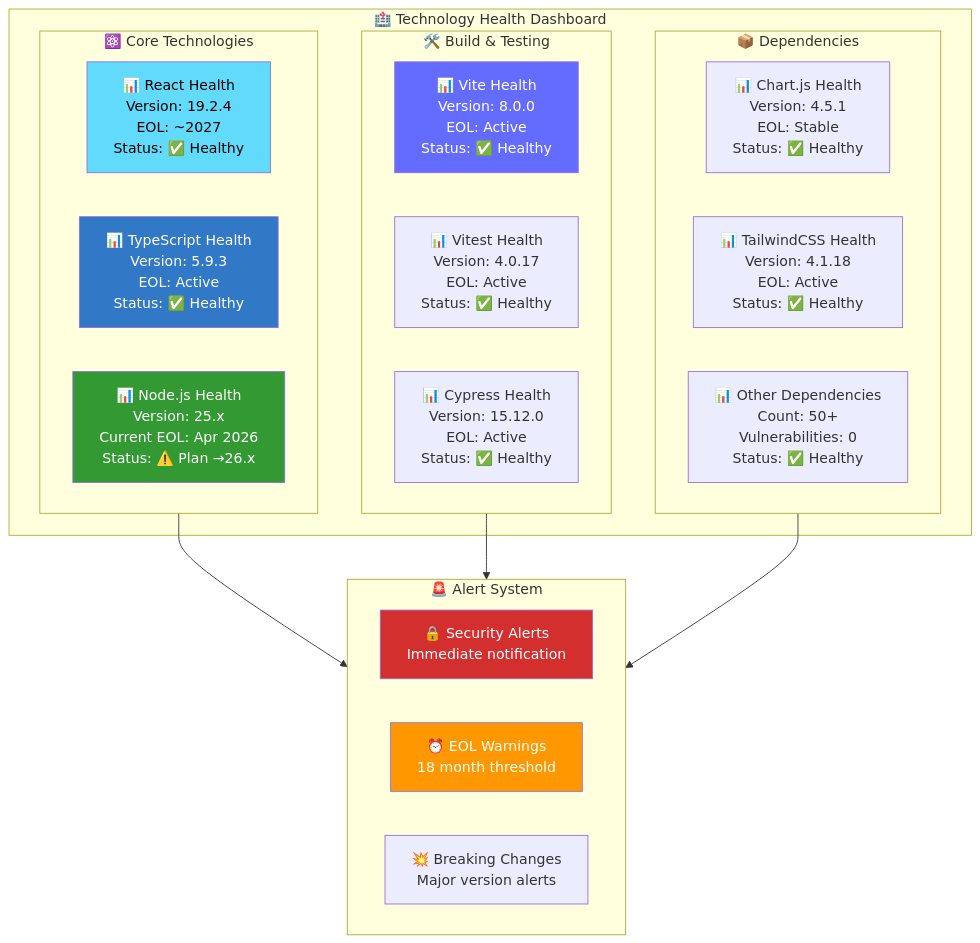
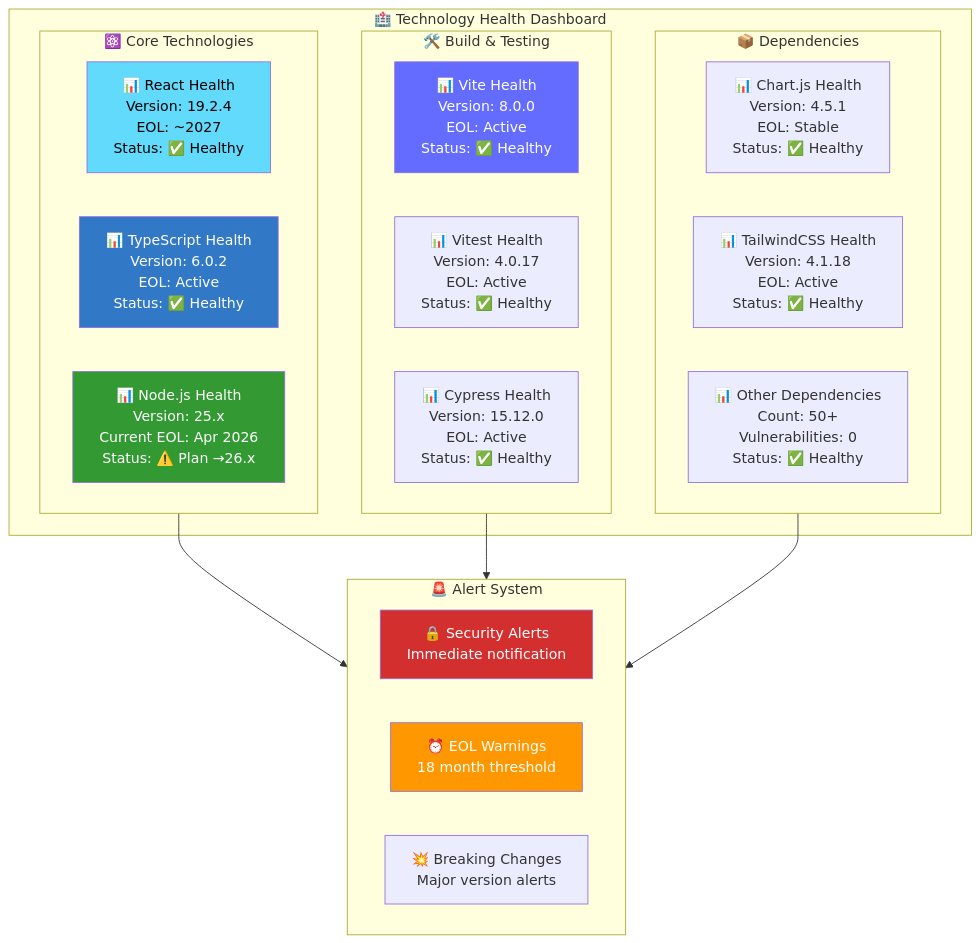
The ninth of 9 diagrams in docs/End-of-Life-Strategy.md (step-security-bot/cia-compliance-manager), drawn with Mermaid before and after one commit. The commit also changed other lines of this file and 22 other files, not shown here.

First line of the commit message:
chore: upgrade TypeScript 5.9.3 → 6.0.2, remove madge, apply TS6 breaking change fixes (#1068)

````diff
--- a/docs/End-of-Life-Strategy.md
+++ b/docs/End-of-Life-Strategy.md
@@ -738,39 +784,39 @@
 ```mermaid
 graph TB
     subgraph HEALTH["🏥 Technology Health Dashboard"]
         subgraph CORE["⚛️ Core Technologies"]
             REACT[📊 React Health<br/>Version: 19.2.4<br/>EOL: ~2027<br/>Status: ✅ Healthy]
-            TS[📊 TypeScript Health<br/>Version: 5.9.3<br/>EOL: Active<br/>Status: ✅ Healthy]
+            TS[📊 TypeScript Health<br/>Version: 6.0.2<br/>EOL: Active<br/>Status: ✅ Healthy]
             NODE[📊 Node.js Health<br/>Version: 25.x<br/>Current EOL: Apr 2026<br/>Status: ⚠️ Plan →26.x]
         end
         
         subgraph TOOLS["🛠️ Build & Testing"]
             VITE[📊 Vite Health<br/>Version: 8.0.0<br/>EOL: Active<br/>Status: ✅ Healthy]
             VITEST[📊 Vitest Health<br/>Version: 4.0.17<br/>EOL: Active<br/>Status: ✅ Healthy]
             CYPRESS[📊 Cypress Health<br/>Version: 15.12.0<br/>EOL: Active<br/>Status: ✅ Healthy]
         end
         
         subgraph DEPS["📦 Dependencies"]
             CHART[📊 Chart.js Health<br/>Version: 4.5.1<br/>EOL: Stable<br/>Status: ✅ Healthy]
             TAILWIND[📊 TailwindCSS Health<br/>Version: 4.1.18<br/>EOL: Active<br/>Status: ✅ Healthy]
             OTHER[📊 Other Dependencies<br/>Count: 50+<br/>Vulnerabilities: 0<br/>Status: ✅ Healthy]
         end
     end
     
     subgraph ALERTS["🚨 Alert System"]
         SECURITY[🔒 Security Alerts<br/>Immediate notification]
         EOL[⏰ EOL Warnings<br/>18 month threshold]
         BREAKING[💥 Breaking Changes<br/>Major version alerts]
     end
     
     CORE --> ALERTS
     TOOLS --> ALERTS
     DEPS --> ALERTS
     
     style REACT fill:#61dafb,color:#000
     style TS fill:#3178c6,color:#fff
     style NODE fill:#339933,color:#fff
     style VITE fill:#646cff,color:#fff
     style SECURITY fill:#d32f2f,color:#fff
     style EOL fill:#ff9800,color:#fff
 ```
````
